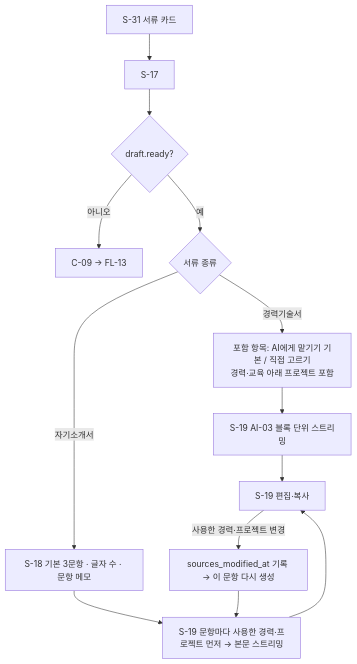
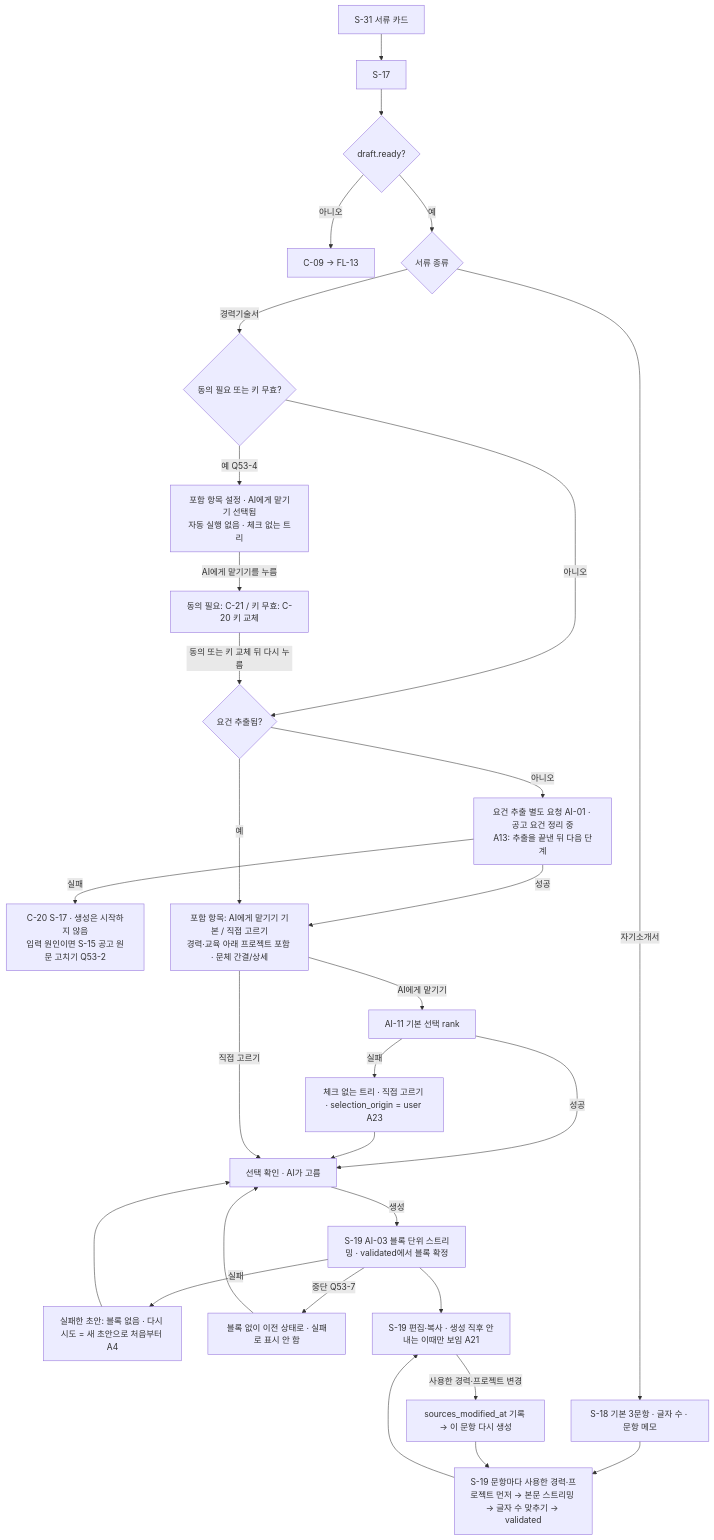
Before and after one commit to j-hyunn/resumate: the seventh of 20 diagrams in docs/planning/02-user-flows.md, drawn with Mermaid. The commit also changed other lines of this file and 7 other files, not shown here.

````diff
--- a/docs/planning/02-user-flows.md
+++ b/docs/planning/02-user-flows.md
@@ -317,15 +362,32 @@
 ```mermaid
 flowchart TD
   A[S-31 서류 카드] --> B[S-17]
   B --> G{draft.ready?}
   G -->|아니오| X[C-09 → FL-13]
   G -->|예| K{서류 종류}
-  K -->|경력기술서| C[포함 항목: AI에게 맡기기 기본 / 직접 고르기<br/>경력·교육 아래 프로젝트 포함]
-  C --> D[S-19 AI-03 블록 단위 스트리밍]
+  K -->|경력기술서| GK{동의 필요 또는 키 무효?}
+  GK -->|아니오| JR{요건 추출됨?}
+  GK -->|예 Q53-4| C3[포함 항목 설정 · AI에게 맡기기 선택됨<br/>자동 실행 없음 · 체크 없는 트리]
+  C3 -->|AI에게 맡기기를 누름| GB[동의 필요: C-21 / 키 무효: C-20 키 교체]
+  GB -->|동의 또는 키 교체 뒤 다시 누름| JR
+  JR -->|아니오| JX[요건 추출 별도 요청 AI-01 · 공고 요건 정리 중<br/>A13: 추출을 끝낸 뒤 다음 단계]
+  JX -->|실패| JF[C-20 S-17 · 생성은 시작하지 않음<br/>입력 원인이면 S-15 공고 원문 고치기 Q53-2]
+  JX -->|성공| C
+  JR -->|예| C[포함 항목: AI에게 맡기기 기본 / 직접 고르기<br/>경력·교육 아래 프로젝트 포함 · 문체 간결/상세]
+  C -->|AI에게 맡기기| RK[AI-11 기본 선택 rank]
+  RK -->|실패| RU[체크 없는 트리 · 직접 고르기 · selection_origin = user A23]
+  RK -->|성공| C2[선택 확인 · AI가 고름]
+  RU --> C2
+  C -->|직접 고르기| C2
+  C2 -->|생성| D[S-19 AI-03 블록 단위 스트리밍 · validated에서 블록 확정]
+  D -->|실패| DF[실패한 초안: 블록 없음 · 다시 시도 = 새 초안으로 처음부터 A4]
+  DF --> C2
+  D -->|중단 Q53-7| DP[블록 없이 이전 상태로 · 실패로 표시 안 함]
+  DP --> C2
   K -->|자기소개서| E[S-18 기본 3문항 · 글자 수 · 문항 메모]
-  E --> F[S-19 문항마다 사용한 경력·프로젝트 먼저 → 본문 스트리밍]
-  D --> H[S-19 편집·복사]
+  E --> F[S-19 문항마다 사용한 경력·프로젝트 먼저 → 본문 스트리밍 → 글자 수 맞추기 → validated]
+  D --> H[S-19 편집·복사 · 생성 직후 안내는 이때만 보임 A21]
   F --> H
   H -->|사용한 경력·프로젝트 변경| I[sources_modified_at 기록 → 이 문항 다시 생성]
   I --> F
 ```
````
